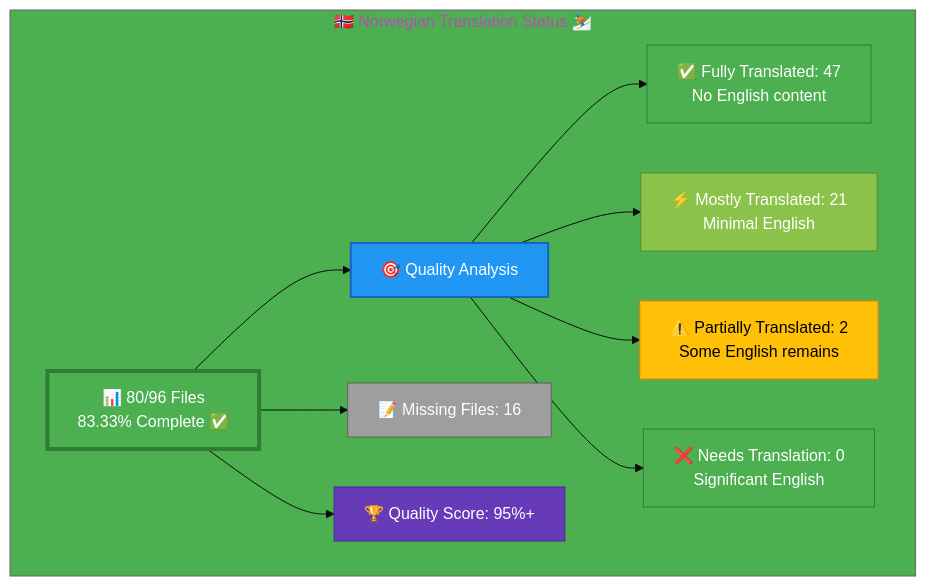
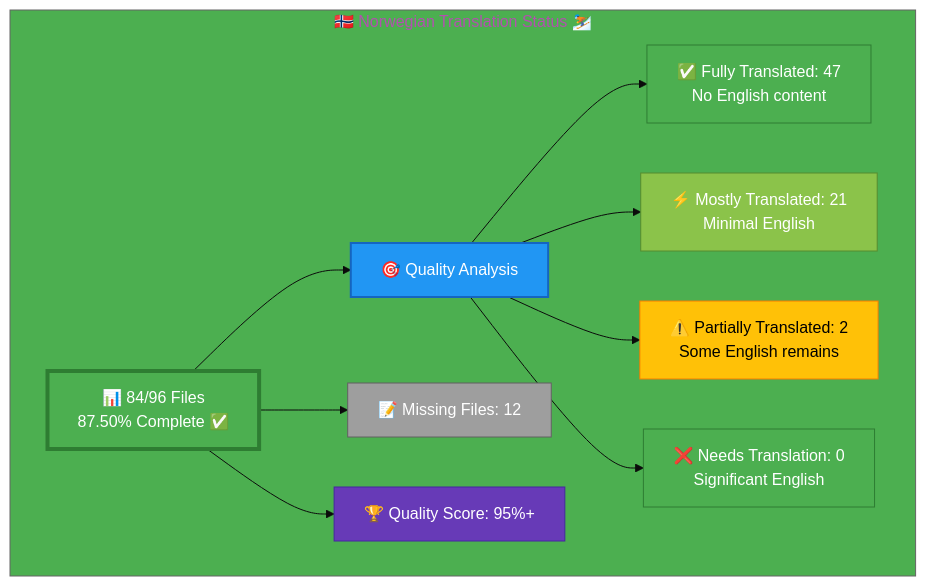
Before and after one commit to Hack23/homepage: the diagram in Norwegian-Translation-Status.md, drawn with Mermaid. The commit also changed other lines of this file and 4 other files, not shown here.

````diff
--- a/Norwegian-Translation-Status.md
+++ b/Norwegian-Translation-Status.md
@@ -12,26 +12,26 @@
 ```mermaid
 %%{init: {'theme':'base', 'themeVariables': {'primaryColor':'#4CAF50','secondaryColor':'#2196F3','tertiaryColor':'#4CAF50','fontSize':'16px'}}}%%
 graph TB
     subgraph "🇳🇴 Norwegian Translation Status ⛷️"
-        A["📊 80/96 Files<br/>83.33% Complete ✅ "]
+        A["📊 84/96 Files<br/>87.50% Complete ✅ "]
         
         A --> B["🎯 Quality Analysis"]
         B --> C["✅ Fully Translated: 47<br/>No English content"]
         B --> D["⚡ Mostly Translated: 21<br/>Minimal English"]
         B --> E["⚠️  Partially Translated: 2<br/>Some English remains"]
         B --> F["❌ Needs Translation: 0<br/>Significant English"]
         
-        A --> G["📝 Missing Files: 16"]
+        A --> G["📝 Missing Files: 12"]
         
         A --> H["🏆 Quality Score: 95%+"]
         
         style A fill:#4CAF50,stroke:#2E7D32,color:#fff,stroke-width:4px
         style B fill:#2196F3,stroke:#1565C0,color:#fff,stroke-width:2px
         style C fill:#4CAF50,stroke:#2E7D32,color:#fff
         style D fill:#8BC34A,stroke:#558B2F,color:#fff
         style E fill:#FFC107,stroke:#F57C00,color:#000
         style F fill:#4CAF50,stroke:#2E7D32,color:#fff
         style G fill:#9E9E9E,stroke:#616161,color:#fff
         style H fill:#673AB7,stroke:#4527A0,color:#fff
     end
 ```
````
